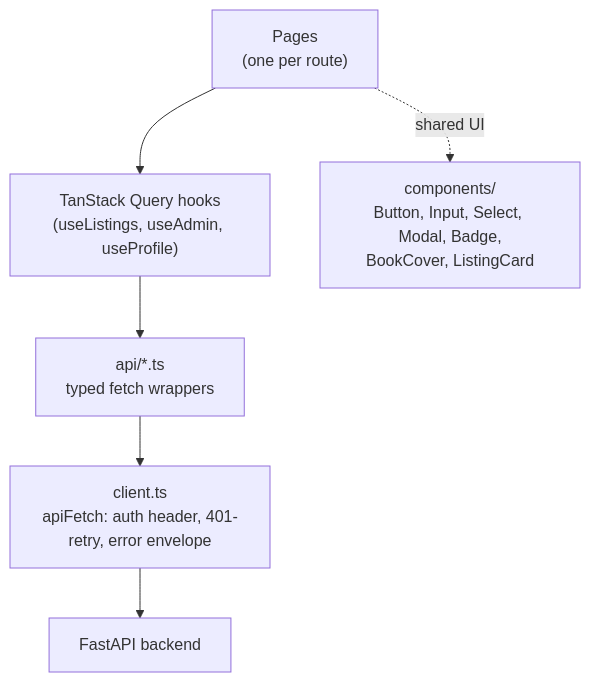
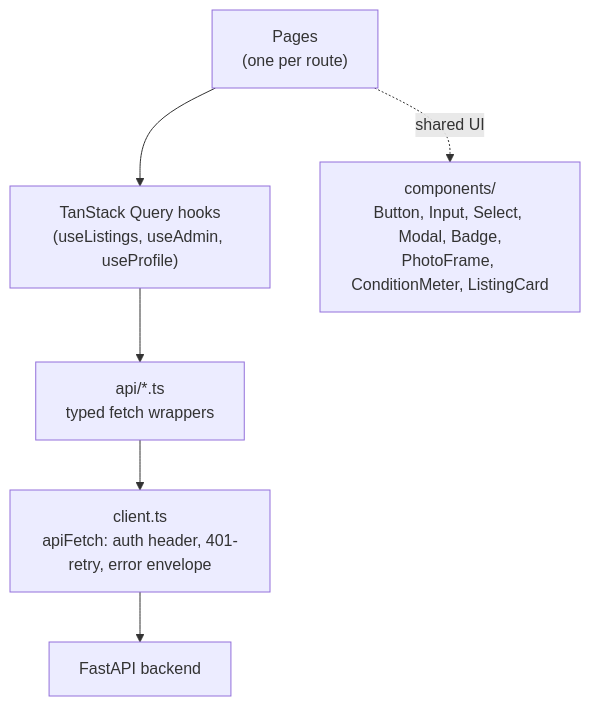
The third of 7 diagrams in README.md (Sneha73685/Punah-Pustak), drawn with Mermaid before and after one commit. The commit also changed 48 other files, not shown here.

````diff
--- a/README.md
+++ b/README.md
@@ -137,11 +137,11 @@
 ```mermaid
 flowchart TB
     Pages["Pages<br/>(one per route)"]
     Hooks["TanStack Query hooks<br/>(useListings, useAdmin, useProfile)"]
     ApiClient["api/*.ts<br/>typed fetch wrappers"]
     Client["client.ts<br/>apiFetch: auth header, 401-retry, error envelope"]
     Backend["FastAPI backend"]
 
     Pages --> Hooks --> ApiClient --> Client --> Backend
-    Pages -.->|shared UI| Components["components/<br/>Button, Input, Select, Modal, Badge,<br/>BookCover, ListingCard"]
+    Pages -.->|shared UI| Components["components/<br/>Button, Input, Select, Modal, Badge,<br/>PhotoFrame, ConditionMeter, ListingCard"]
 ```
````
